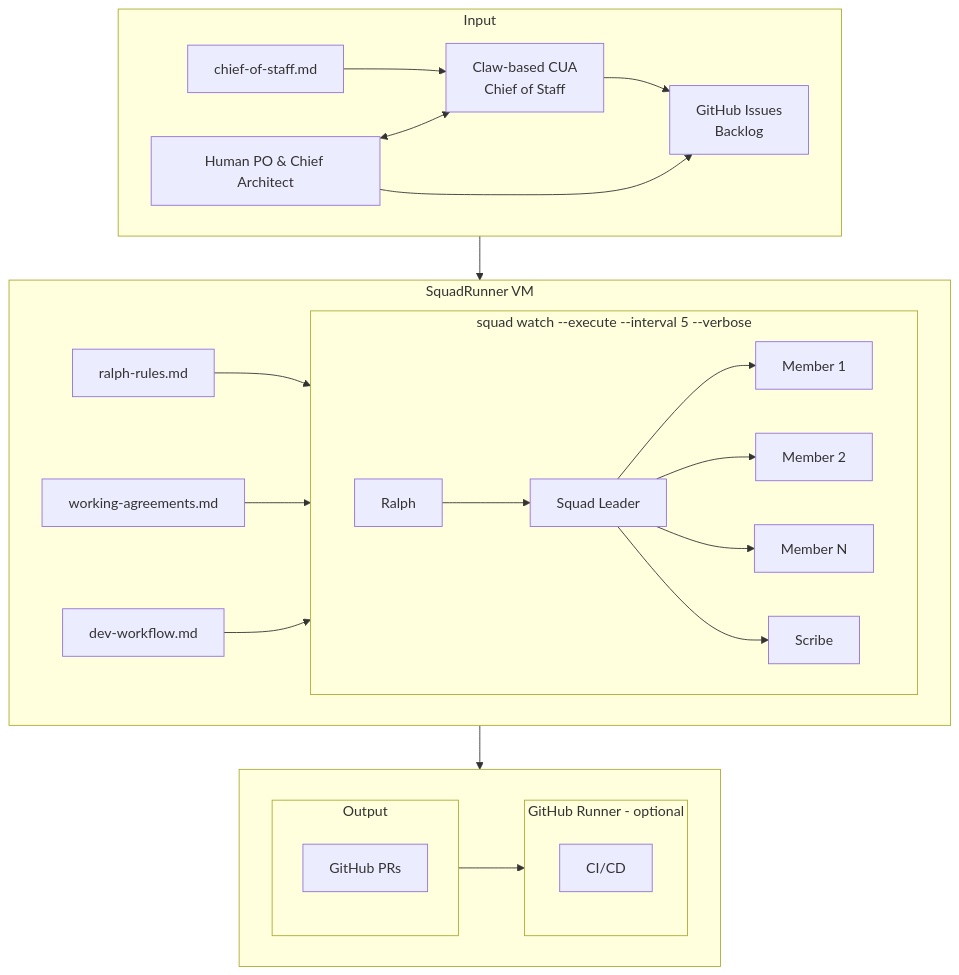
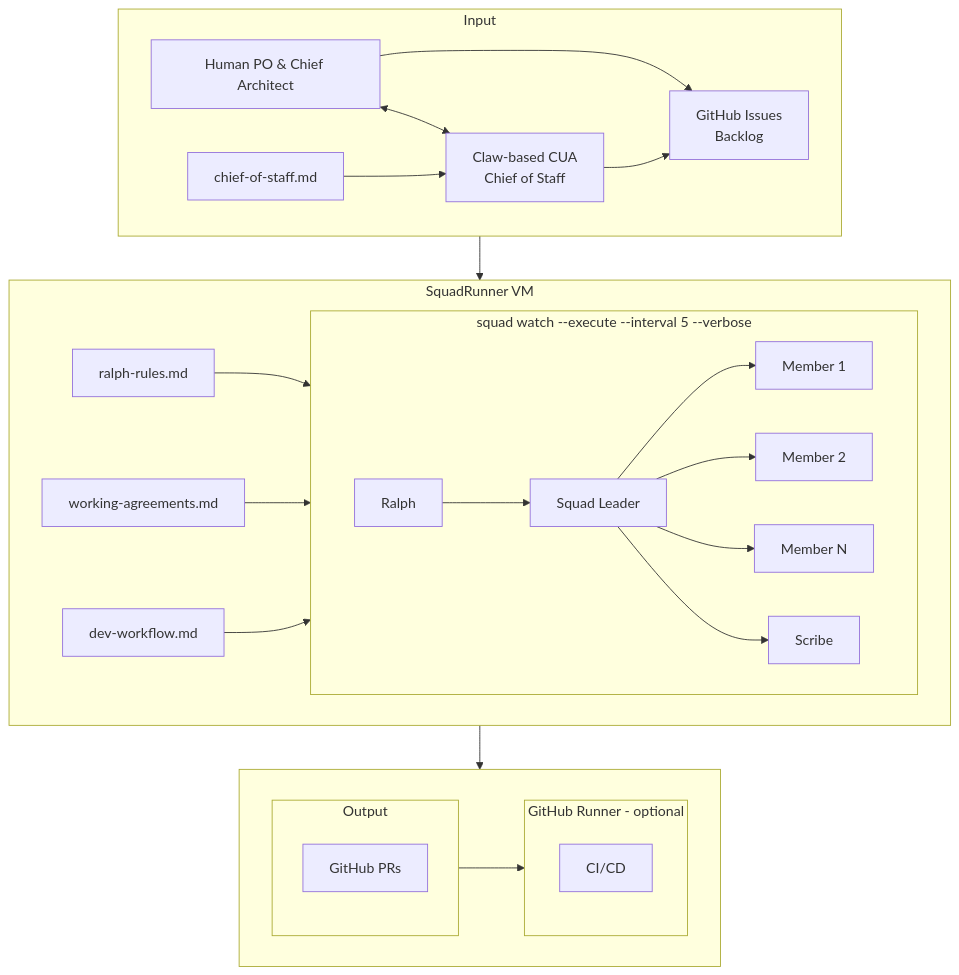
Before and after one commit to TheeUnderdog/SquadRunner: the diagram in README.md, drawn with Mermaid. The commit also changed other lines of this file, not shown here.

Commit message:
Put Human above CUA by defining that relationship first

````diff
--- a/README.md
+++ b/README.md
@@ -9,37 +9,37 @@
 ```mermaid
 flowchart TD
     subgraph Input
+        H[Human PO & Chief Architect] <--> CUA[Claw-based CUA<br/>Chief of Staff]
         COS[chief-of-staff.md] --> CUA
-        H[Human PO & Chief Architect] <--> CUA[Claw-based CUA<br/>Chief of Staff]
         H & CUA --> GH[GitHub Issues<br/>Backlog]
     end
     
     Input --> VM
     
     subgraph VM[SquadRunner VM]
         RR[ralph-rules.md] --> SW
         WA[working-agreements.md] --> SW
         DW[dev-workflow.md] --> SW
         subgraph SW[squad watch --execute --interval 5 --verbose]
             direction LR
             R[Ralph] --> SL[Squad Leader]
             SL --> M1[Member 1]
             SL --> M2[Member 2]
             SL --> MN[Member N]
             SL --> SC[Scribe]
         end
     end
     
     VM --> Bottom
     
     subgraph Bottom[ ]
         direction LR
         subgraph Output
             PR[GitHub PRs]
         end
         Output --> Runner
         subgraph Runner[GitHub Runner - optional]
             CI[CI/CD]
         end
     end
 ```
````
